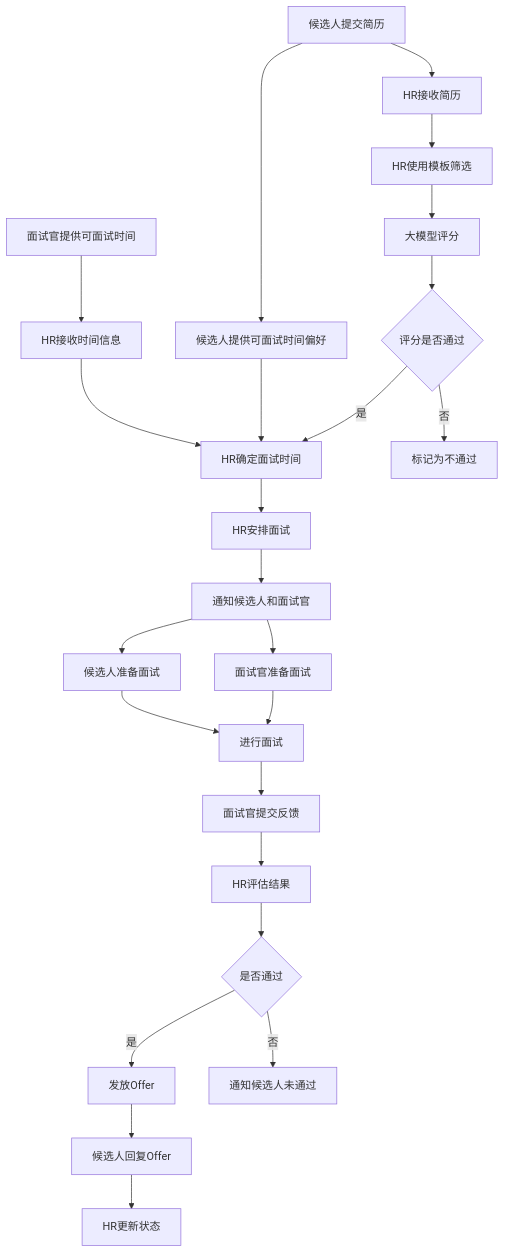
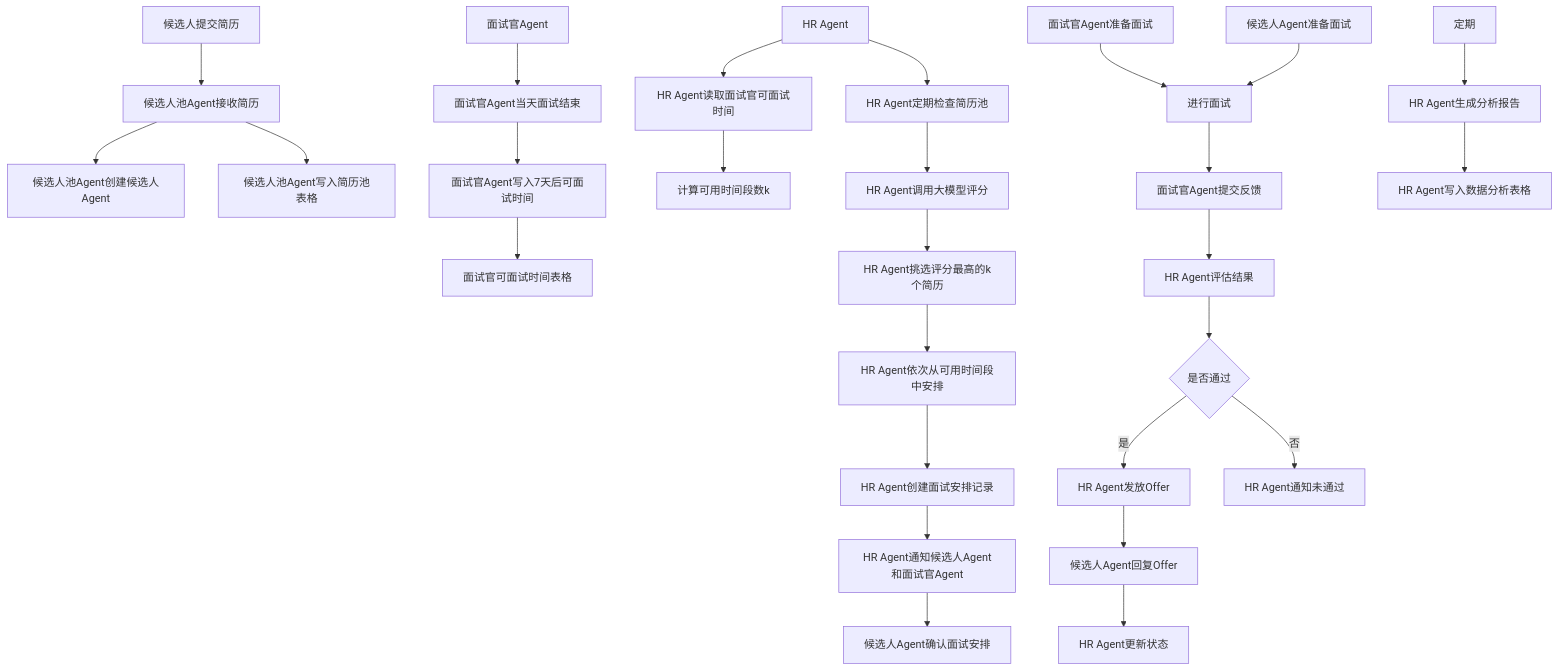
Before and after one commit to emilyu2003/feishu-man: the second of 2 diagrams in 虚拟员工系统设计.md, drawn with Mermaid. The commit also changed other lines of this file, not shown here.

````diff
--- a/虚拟员工系统设计.md
+++ b/虚拟员工系统设计.md
@@ -152,26 +187,31 @@
 ```mermaid
 graph TD
-    A[候选人提交简历] --> B[HR接收简历]
-    A --> C[候选人提供可面试时间偏好]
-    D[面试官提供可面试时间] --> E[HR接收时间信息]
-    B --> F[HR使用模板筛选]
-    F --> G[大模型评分]
-    G --> H{评分是否通过}
-    H -->|是| I[HR确定面试时间]
-    H -->|否| J[标记为不通过]
-    C --> I
-    E --> I
-    I --> K[HR安排面试]
-    K --> L[通知候选人和面试官]
-    L --> M[面试官准备面试]
-    L --> N[候选人准备面试]
-    M --> O[进行面试]
-    N --> O
-    O --> P[面试官提交反馈]
-    P --> Q[HR评估结果]
-    Q --> R{是否通过}
-    R -->|是| S[发放Offer]
-    R -->|否| T[通知候选人未通过]
-    S --> U[候选人回复Offer]
-    U --> V[HR更新状态]
+    A[候选人提交简历] --> B[候选人池Agent接收简历]
+    B --> C[候选人池Agent创建候选人Agent]
+    B --> D[候选人池Agent写入简历池表格]
+    E[面试官Agent] --> F[面试官Agent当天面试结束]
+    F --> G[面试官Agent写入7天后可面试时间]
+    G --> H[面试官可面试时间表格]
+    I[HR Agent] --> J[HR Agent定期检查简历池]
+    I --> K[HR Agent读取面试官可面试时间]
+    K --> L[计算可用时间段数k]
+    J --> M[HR Agent调用大模型评分]
+    M --> N[HR Agent挑选评分最高的k个简历]
+    N --> O[HR Agent依次从可用时间段中安排]
+    O --> P[HR Agent创建面试安排记录]
+    P --> Q[HR Agent通知候选人Agent和面试官Agent]
+    Q --> R[候选人Agent确认面试安排]
+    S[面试官Agent准备面试]
+    T[候选人Agent准备面试]
+    S --> U[进行面试]
+    T --> U
+    U --> V[面试官Agent提交反馈]
+    V --> W[HR Agent评估结果]
+    W --> X{是否通过}
+    X -->|是| Y[HR Agent发放Offer]
+    X -->|否| Z[HR Agent通知未通过]
+    Y --> AA[候选人Agent回复Offer]
+    AA --> AB[HR Agent更新状态]
+    AC[定期] --> AD[HR Agent生成分析报告]
+    AD --> AE[HR Agent写入数据分析表格]
 ```
````
